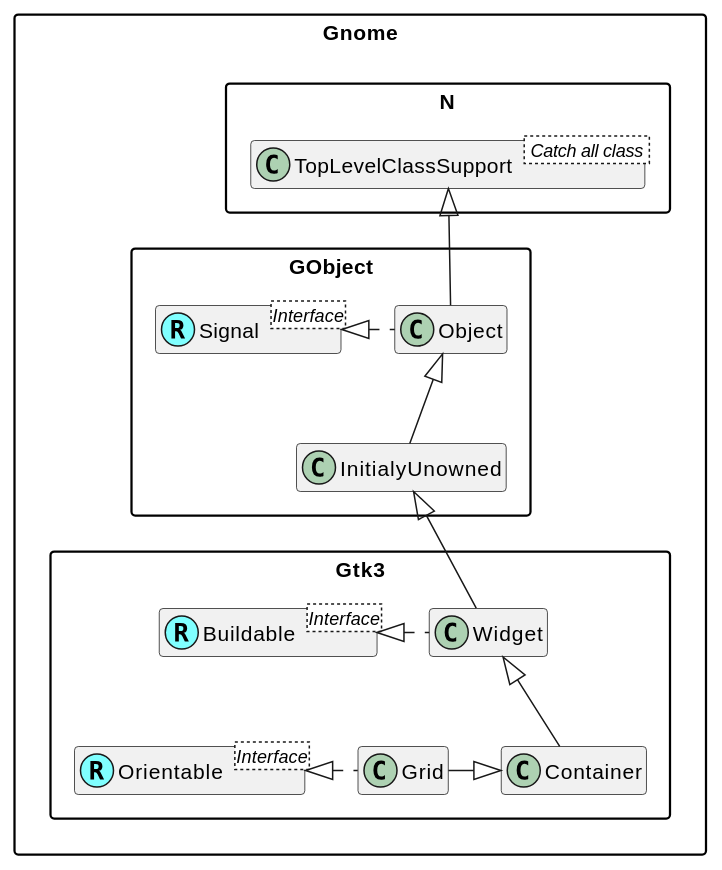
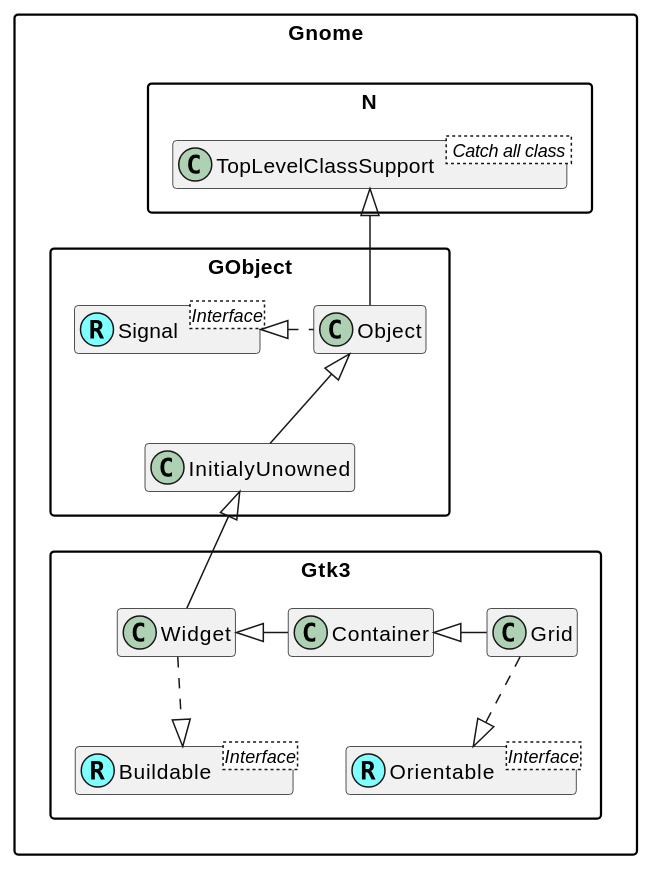
The diagram in doc/plantuml/Grid.md (MARTIMM/gnome-gtk3), drawn with PlantUML before and after one commit.

Commit message:
uml update

````diff
--- a/doc/plantuml/Grid.md
+++ b/doc/plantuml/Grid.md
@@ -1,35 +1,35 @@
 ```plantuml
 @startuml
 'scale 0.9
 skinparam packageStyle rectangle
 skinparam stereotypeCBackgroundColor #80ffff
 set namespaceSeparator ::
 hide members
 
 
 'Class and interface declarations
 class Gnome::N::TopLevelClassSupport < Catch all class >
 
 Interface Gnome::GObject::Signal <Interface>
 class Gnome::GObject::Signal <<(R,#80ffff)>>
 
 Interface Gnome::Gtk3::Buildable <Interface>
 class Gnome::Gtk3::Buildable <<(R,#80ffff)>>
 
 Interface Gnome::Gtk3::Orientable <Interface>
 class Gnome::Gtk3::Orientable <<(R,#80ffff)>>
 
 
 'Class connections
 Gnome::N::TopLevelClassSupport <|-- Gnome::GObject::Object
 Gnome::GObject::InitialyUnowned <|-- Gnome::Gtk3::Widget
 Gnome::GObject::Object <|-- Gnome::GObject::InitialyUnowned
 Gnome::GObject::Signal <|. Gnome::GObject::Object
 
-Gnome::Gtk3::Buildable <|. Gnome::Gtk3::Widget
-Gnome::Gtk3::Widget <|-- Gnome::Gtk3::Container
-Gnome::Gtk3::Grid -|> Gnome::Gtk3::Container
-Gnome::Gtk3::Orientable <|. Gnome::Gtk3::Grid
+Gnome::Gtk3::Widget ..|> Gnome::Gtk3::Buildable
+Gnome::Gtk3::Widget <|- Gnome::Gtk3::Container
+Gnome::Gtk3::Container <|- Gnome::Gtk3::Grid
+Gnome::Gtk3::Grid ..|> Gnome::Gtk3::Orientable
 
 @enduml
 ```
````
